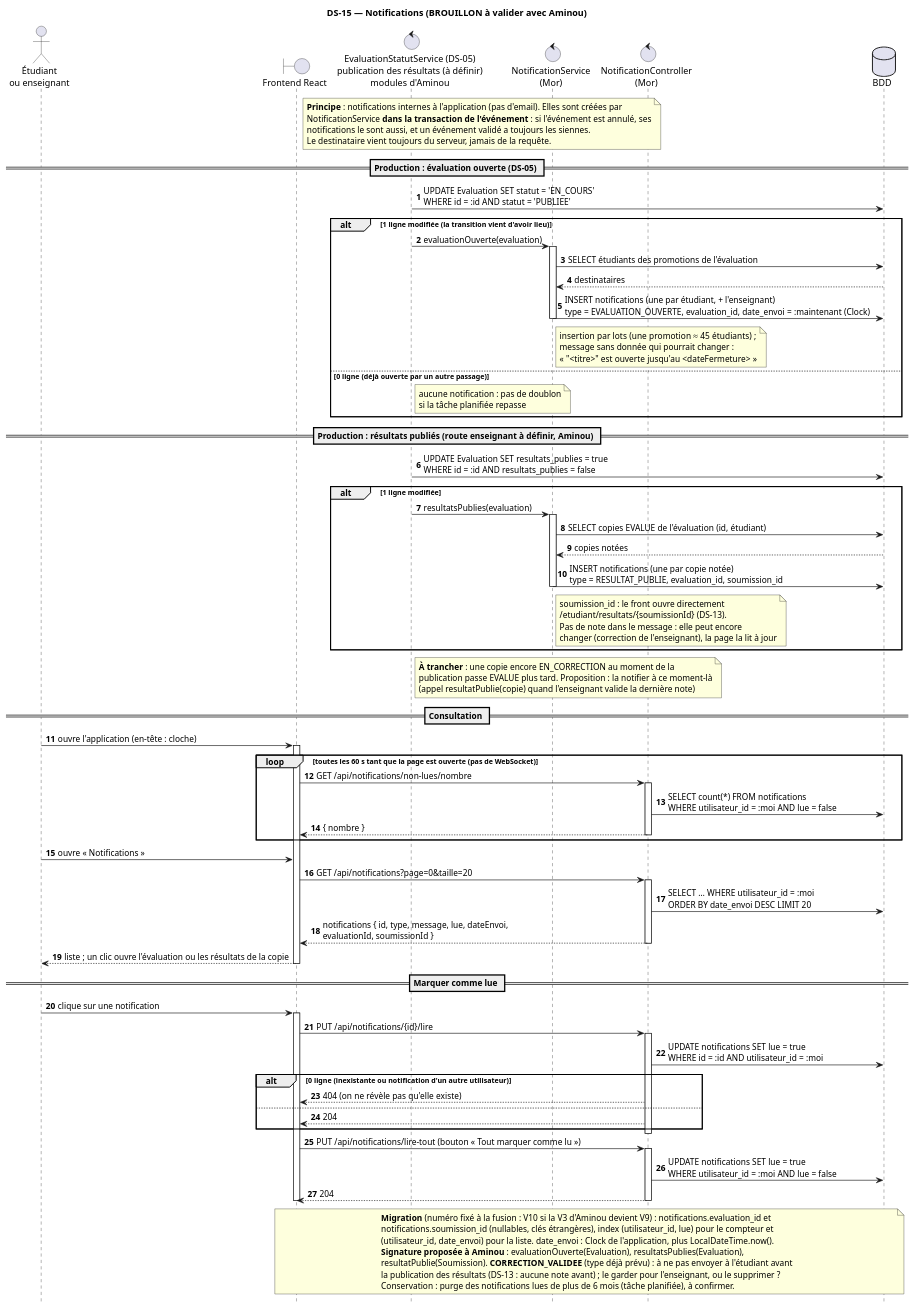
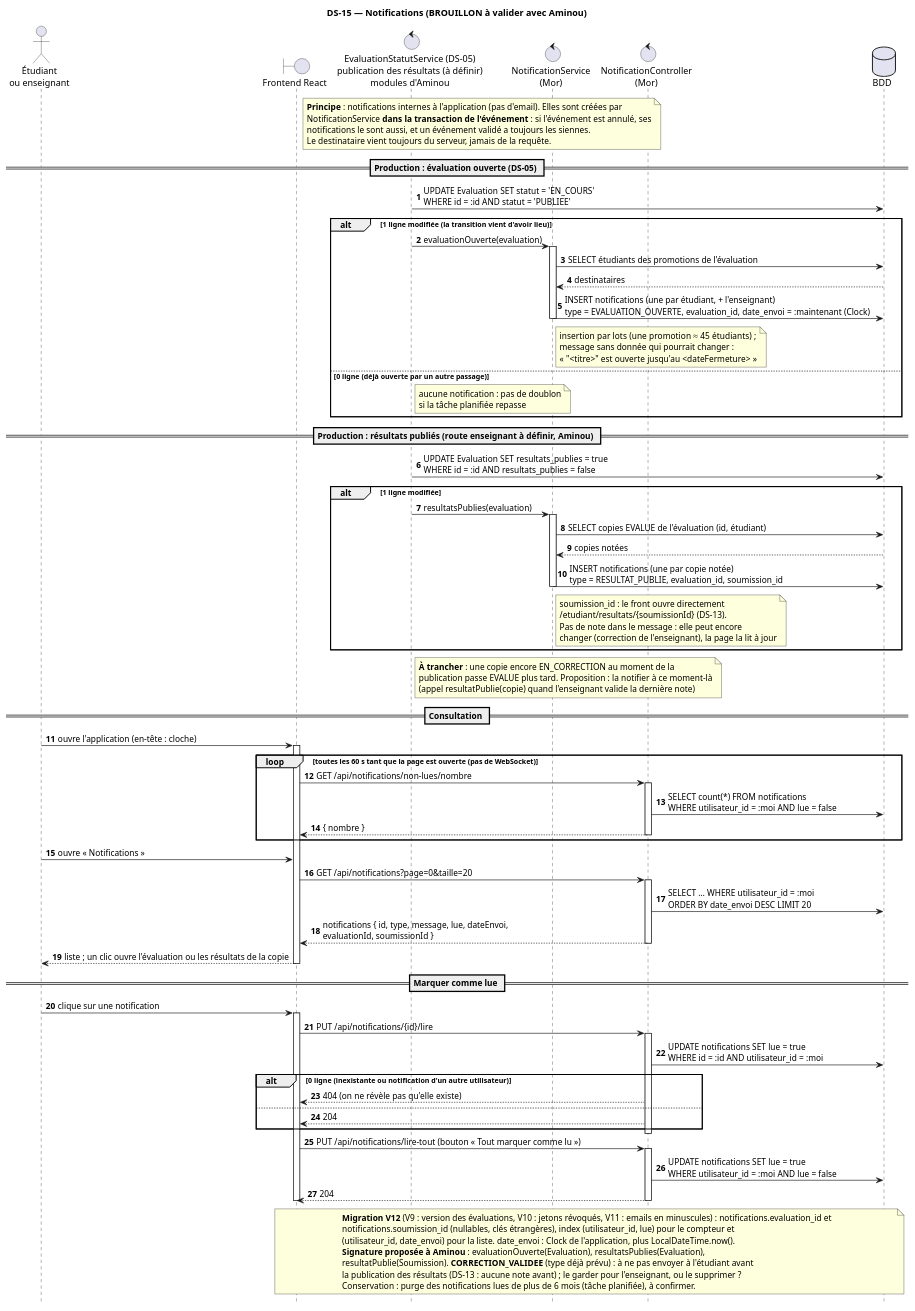
The diagram in docs/diagrammes-sequence/DS-15-notifications.puml (MorLeye75/eval-platform), drawn with PlantUML before and after one commit. The commit also changed 2 other files, not shown here.

Commit message:
chore: imports en double laisses par la fusion retires, DS-15 en V12

```diff
--- a/docs/diagrammes-sequence/DS-15-notifications.puml
+++ b/docs/diagrammes-sequence/DS-15-notifications.puml
@@ -1,86 +1,86 @@
 @startuml DS-15_notifications
 title DS-15 — Notifications (BROUILLON à valider avec Aminou)
 hide footbox
 autonumber
 actor "Étudiant\nou enseignant" as U
 boundary "Frontend React" as F
 control "EvaluationStatutService (DS-05)\npublication des résultats (à définir)\nmodules d'Aminou" as A
 control "NotificationService\n(Mor)" as N
 control "NotificationController\n(Mor)" as C
 database "BDD" as D
 
 note over A, N
   **Principe** : notifications internes à l'application (pas d'email). Elles sont créées par
   NotificationService **dans la transaction de l'événement** : si l'événement est annulé, ses
   notifications le sont aussi, et un événement validé a toujours les siennes.
   Le destinataire vient toujours du serveur, jamais de la requête.
 end note
 
 == Production : évaluation ouverte (DS-05) ==
 A -> D : UPDATE Evaluation SET statut = 'EN_COURS'\nWHERE id = :id AND statut = 'PUBLIEE'
 alt 1 ligne modifiée (la transition vient d'avoir lieu)
   A -> N : evaluationOuverte(evaluation)
   activate N
   N -> D : SELECT étudiants des promotions de l'évaluation
   D --> N : destinataires
   N -> D : INSERT notifications (une par étudiant, + l'enseignant)\ntype = EVALUATION_OUVERTE, evaluation_id, date_envoi = :maintenant (Clock)
   note right of N : insertion par lots (une promotion ≈ 45 étudiants) ;\nmessage sans donnée qui pourrait changer :\n« "<titre>" est ouverte jusqu'au <dateFermeture> »
   deactivate N
 else 0 ligne (déjà ouverte par un autre passage)
   note right of A : aucune notification : pas de doublon\nsi la tâche planifiée repasse
 end
 
 == Production : résultats publiés (route enseignant à définir, Aminou) ==
 A -> D : UPDATE Evaluation SET resultats_publies = true\nWHERE id = :id AND resultats_publies = false
 alt 1 ligne modifiée
   A -> N : resultatsPublies(evaluation)
   activate N
   N -> D : SELECT copies EVALUE de l'évaluation (id, étudiant)
   D --> N : copies notées
   N -> D : INSERT notifications (une par copie notée)\ntype = RESULTAT_PUBLIE, evaluation_id, soumission_id
   note right of N : soumission_id : le front ouvre directement\n/etudiant/resultats/{soumissionId} (DS-13).\nPas de note dans le message : elle peut encore\nchanger (correction de l'enseignant), la page la lit à jour
   deactivate N
 end
 note right of A : **À trancher** : une copie encore EN_CORRECTION au moment de la\npublication passe EVALUE plus tard. Proposition : la notifier à ce moment-là\n(appel resultatPublie(copie) quand l'enseignant valide la dernière note)
 
 == Consultation ==
 U -> F : ouvre l'application (en-tête : cloche)
 activate F
 loop toutes les 60 s tant que la page est ouverte (pas de WebSocket)
   F -> C ++ : GET /api/notifications/non-lues/nombre
   C -> D : SELECT count(*) FROM notifications\nWHERE utilisateur_id = :moi AND lue = false
   C --> F -- : { nombre }
 end
 U -> F : ouvre « Notifications »
 F -> C ++ : GET /api/notifications?page=0&taille=20
 C -> D : SELECT … WHERE utilisateur_id = :moi\nORDER BY date_envoi DESC LIMIT 20
 C --> F -- : notifications { id, type, message, lue, dateEnvoi,\nevaluationId, soumissionId }
 F --> U : liste ; un clic ouvre l'évaluation ou les résultats de la copie
 deactivate F
 
 == Marquer comme lue ==
 U -> F : clique sur une notification
 activate F
 F -> C ++ : PUT /api/notifications/{id}/lire
 C -> D : UPDATE notifications SET lue = true\nWHERE id = :id AND utilisateur_id = :moi
 alt 0 ligne (inexistante ou notification d'un autre utilisateur)
   C --> F : 404 (on ne révèle pas qu'elle existe)
 else
   C --> F : 204
 end
 deactivate C
 F -> C ++ : PUT /api/notifications/lire-tout (bouton « Tout marquer comme lu »)
 C -> D : UPDATE notifications SET lue = true\nWHERE utilisateur_id = :moi AND lue = false
 C --> F -- : 204
 deactivate F
 
 note over F, D
-  **Migration** (numéro fixé à la fusion : V10 si la V3 d'Aminou devient V9) : notifications.evaluation_id et
+  **Migration V12** (V9 : version des évaluations, V10 : jetons révoqués, V11 : emails en minuscules) : notifications.evaluation_id et
   notifications.soumission_id (nullables, clés étrangères), index (utilisateur_id, lue) pour le compteur et
   (utilisateur_id, date_envoi) pour la liste. date_envoi : Clock de l'application, plus LocalDateTime.now().
   **Signature proposée à Aminou** : evaluationOuverte(Evaluation), resultatsPublies(Evaluation),
   resultatPublie(Soumission). **CORRECTION_VALIDEE** (type déjà prévu) : à ne pas envoyer à l'étudiant avant
   la publication des résultats (DS-13 : aucune note avant) ; le garder pour l'enseignant, ou le supprimer ?
   Conservation : purge des notifications lues de plus de 6 mois (tâche planifiée), à confirmer.
 end note
 @enduml
```
